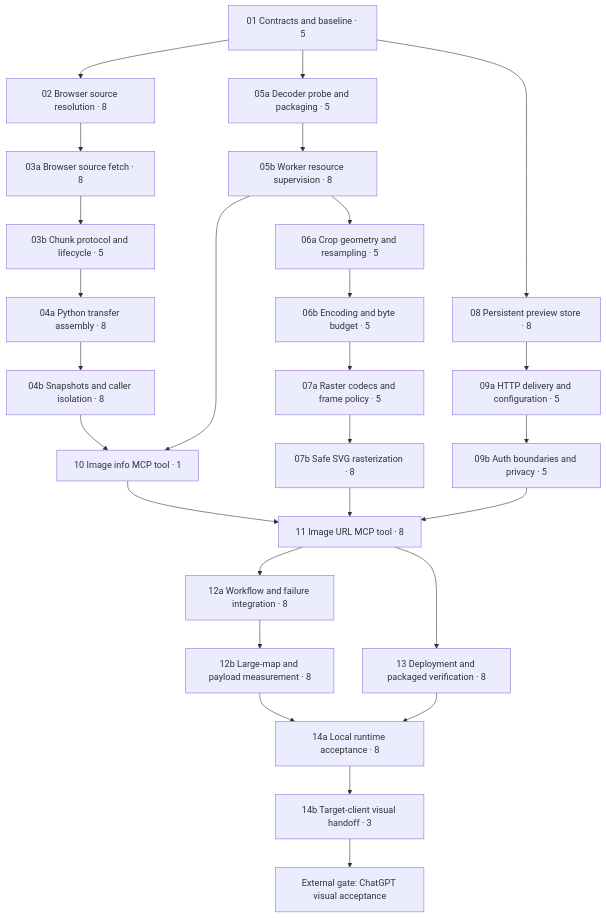
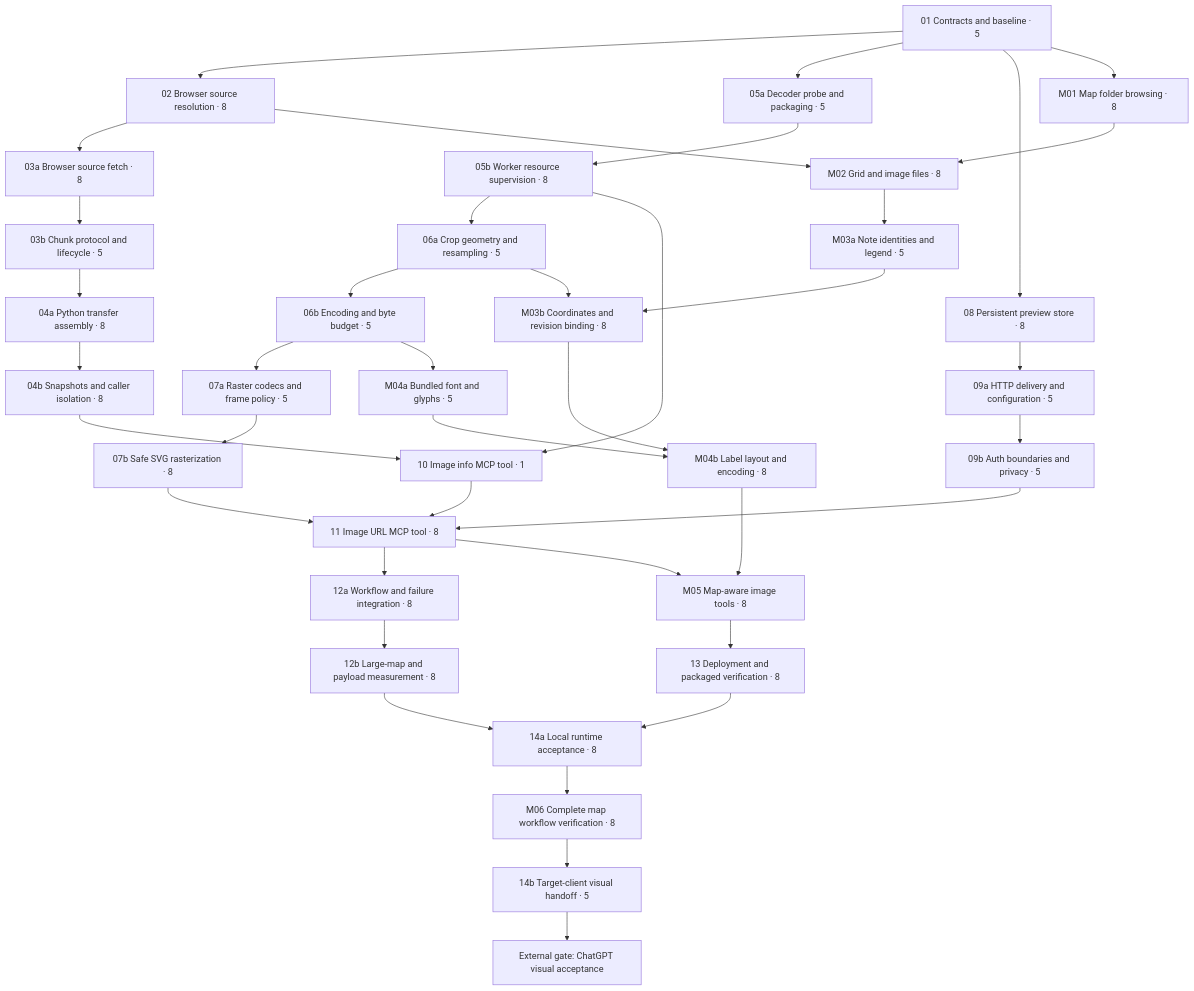
Before and after one commit to sesopenko/foundry-mcp: the diagram in docs/plans/image-viewing/README.md, drawn with Mermaid. The commit also changed other lines of this file and 16 other files, not shown here.

Commit message:
docs: extend image plan with sized map browsing and note overlays

````diff
--- a/docs/plans/image-viewing/README.md
+++ b/docs/plans/image-viewing/README.md
@@ -36,53 +37,73 @@
 ```mermaid
 flowchart TD
     T01["01 Contracts and baseline · 5"]
     T02["02 Browser source resolution · 8"]
     T03a["03a Browser source fetch · 8"]
     T03b["03b Chunk protocol and lifecycle · 5"]
     T04a["04a Python transfer assembly · 8"]
     T04b["04b Snapshots and caller isolation · 8"]
     T05a["05a Decoder probe and packaging · 5"]
     T05b["05b Worker resource supervision · 8"]
     T06a["06a Crop geometry and resampling · 5"]
     T06b["06b Encoding and byte budget · 5"]
     T07a["07a Raster codecs and frame policy · 5"]
     T07b["07b Safe SVG rasterization · 8"]
     T08["08 Persistent preview store · 8"]
     T09a["09a HTTP delivery and configuration · 5"]
     T09b["09b Auth boundaries and privacy · 5"]
     T10["10 Image info MCP tool · 1"]
     T11["11 Image URL MCP tool · 8"]
     T12a["12a Workflow and failure integration · 8"]
     T12b["12b Large-map and payload measurement · 8"]
     T13["13 Deployment and packaged verification · 8"]
     T14a["14a Local runtime acceptance · 8"]
-    T14b["14b Target-client visual handoff · 3"]
+    T14b["14b Target-client visual handoff · 5"]
+    M01["M01 Map folder browsing · 8"]
+    M02["M02 Grid and image files · 8"]
+    M03a["M03a Note identities and legend · 5"]
+    M03b["M03b Coordinates and revision binding · 8"]
+    M04a["M04a Bundled font and glyphs · 5"]
+    M04b["M04b Label layout and encoding · 8"]
+    M05["M05 Map-aware image tools · 8"]
+    M06["M06 Complete map workflow verification · 8"]
     VISUAL["External gate: ChatGPT visual acceptance"]
 
     T01 --> T02
     T02 --> T03a
     T03a --> T03b
     T03b --> T04a
     T04a --> T04b
     T01 --> T05a
     T05a --> T05b
     T05b --> T06a
     T06a --> T06b
     T06b --> T07a
     T07a --> T07b
     T01 --> T08
     T08 --> T09a
     T09a --> T09b
     T04b --> T10
     T05b --> T10
     T10 --> T11
     T07b --> T11
     T09b --> T11
     T11 --> T12a
     T12a --> T12b
-    T11 --> T13
+    M05 --> T13
     T12b --> T14a
     T13 --> T14a
-    T14a --> T14b
+    T14a --> M06
+    M06 --> T14b
     T14b --> VISUAL
+    T01 --> M01
+    M01 --> M02
+    T02 --> M02
+    M02 --> M03a
+    M03a --> M03b
+    T06a --> M03b
+    T06b --> M04a
+    M04a --> M04b
+    M03b --> M04b
+    M04b --> M05
+    T11 --> M05
 ```
````
